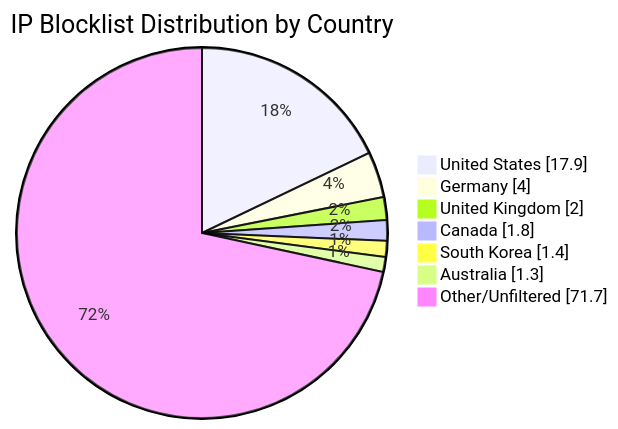
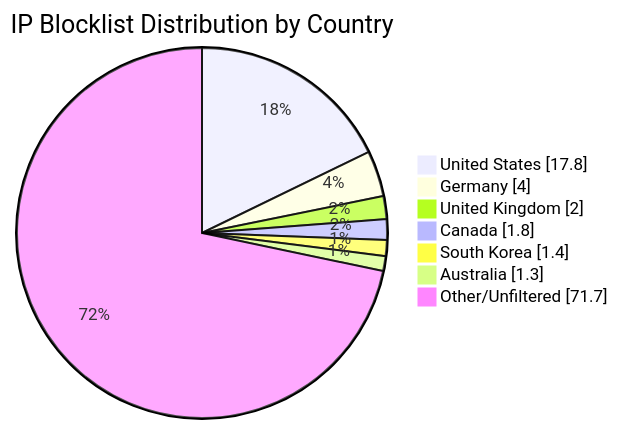
The diagram in README.md (MarcusHoltz/ipblocklist-geofiltered-aggregator), drawn with Mermaid before and after one commit. The commit also changed other lines of this file and 9 other files, not shown here.

````diff
--- a/README.md
+++ b/README.md
@@ -34,10 +34,10 @@
 ```mermaid
 pie showData title IP Blocklist Distribution by Country
-"United States" : 17.9
+"United States" : 17.8
 "Germany" : 4.0
 "United Kingdom" : 2.0
 "Canada" : 1.8
 "South Korea" : 1.4
 "Australia" : 1.3
 "Other/Unfiltered" : 71.7
 ```
````
